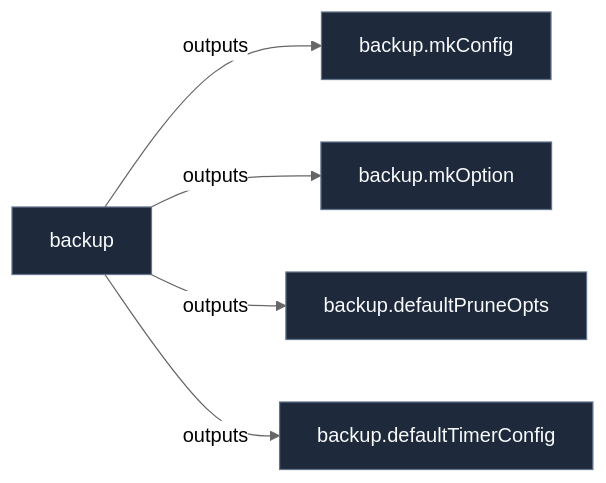
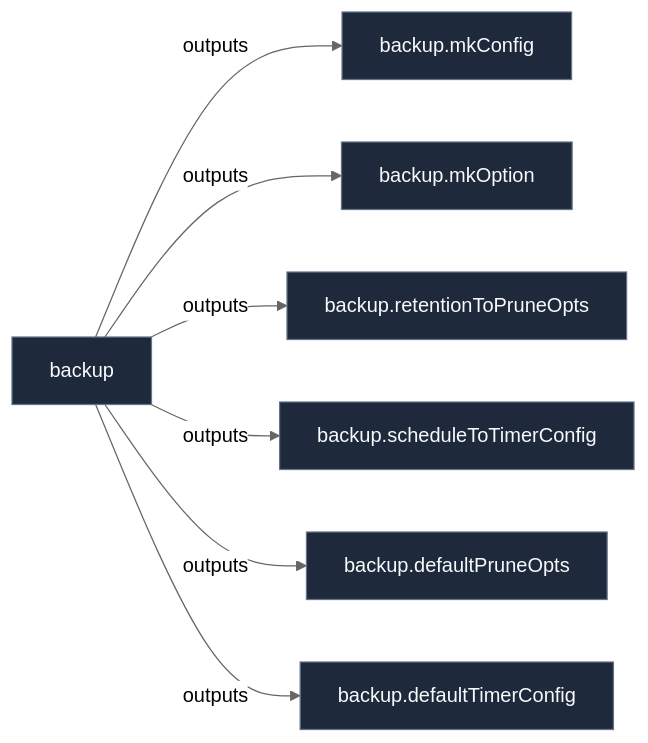
One commit to LW-54/nixconf changed the diagram in docs/lib/backup.md. Above: the diagram before and after it, drawn with Mermaid (neutral theme). The commit also changed other lines of this file and 107 other files, not shown here.

````diff
--- a/docs/lib/backup.md
+++ b/docs/lib/backup.md
@@ -13,32 +13,38 @@
 ```mermaid
 flowchart LR
   urn__nixconf__ast__function__backup_mkConfig["backup.mkConfig"]:::defaultNode
     urn__nixconf__ast__function__backup_mkOption["backup.mkOption"]:::defaultNode
+    urn__nixconf__ast__function__backup_retentionToPruneOpts["backup.retentionToPruneOpts"]:::defaultNode
+    urn__nixconf__ast__function__backup_scheduleToTimerConfig["backup.scheduleToTimerConfig"]:::defaultNode
     urn__nixconf__ast__symbol__backup_defaultPruneOpts["backup.defaultPruneOpts"]:::defaultNode
     urn__nixconf__ast__symbol__backup_defaultTimerConfig["backup.defaultTimerConfig"]:::defaultNode
     urn__nixconf__onto__lib__backup["backup"]:::defaultNode
 
     urn__nixconf__onto__lib__backup -->|outputs| urn__nixconf__ast__function__backup_mkConfig
     urn__nixconf__onto__lib__backup -->|outputs| urn__nixconf__ast__function__backup_mkOption
+    urn__nixconf__onto__lib__backup -->|outputs| urn__nixconf__ast__function__backup_retentionToPruneOpts
+    urn__nixconf__onto__lib__backup -->|outputs| urn__nixconf__ast__function__backup_scheduleToTimerConfig
     urn__nixconf__onto__lib__backup -->|outputs| urn__nixconf__ast__symbol__backup_defaultPruneOpts
     urn__nixconf__onto__lib__backup -->|outputs| urn__nixconf__ast__symbol__backup_defaultTimerConfig
 
 
     click urn__nixconf__ast__function__backup_mkConfig href "backup.md" "backup.mkConfig"
     click urn__nixconf__ast__function__backup_mkOption href "backup.md" "backup.mkOption"
+    click urn__nixconf__ast__function__backup_retentionToPruneOpts href "backup.md" "backup.retentionToPruneOpts"
+    click urn__nixconf__ast__function__backup_scheduleToTimerConfig href "backup.md" "backup.scheduleToTimerConfig"
     click urn__nixconf__ast__symbol__backup_defaultPruneOpts href "backup.md" "backup.defaultPruneOpts"
     click urn__nixconf__ast__symbol__backup_defaultTimerConfig href "backup.md" "backup.defaultTimerConfig"
     click urn__nixconf__onto__lib__backup href "backup.md" "backup"
 
   %% Semantic Visual Classes
   classDef hostNode fill:#1e293b,stroke:#38bdf8,stroke-width:2px,color:#f8fafc;
   classDef contractNode fill:#1e1b4b,stroke:#818cf8,stroke-width:2px,color:#f8fafc;
   classDef implNode fill:#0f172a,stroke:#34d399,stroke-width:2px,color:#f8fafc;
   classDef featureNode fill:#134e4a,stroke:#2dd4bf,stroke-width:2px,color:#f8fafc;
   classDef optNode fill:#422006,stroke:#facc15,stroke-width:1px,color:#fefce8;
   classDef typeNode fill:#3b0764,stroke:#c084fc,stroke-width:1px,color:#faf5ff;
   classDef pkgNode fill:#4c0519,stroke:#fb7185,stroke-width:1px,color:#fff1f2;
   classDef devShellNode fill:#451a03,stroke:#fb923c,stroke-width:1px,color:#fff7ed;
   classDef drvNode fill:#18181b,stroke:#a1a1aa,stroke-width:1px,color:#f4f4f5;
   classDef defaultNode fill:#1e293b,stroke:#64748b,stroke-width:1px,color:#f8fafc;
 ```
````
